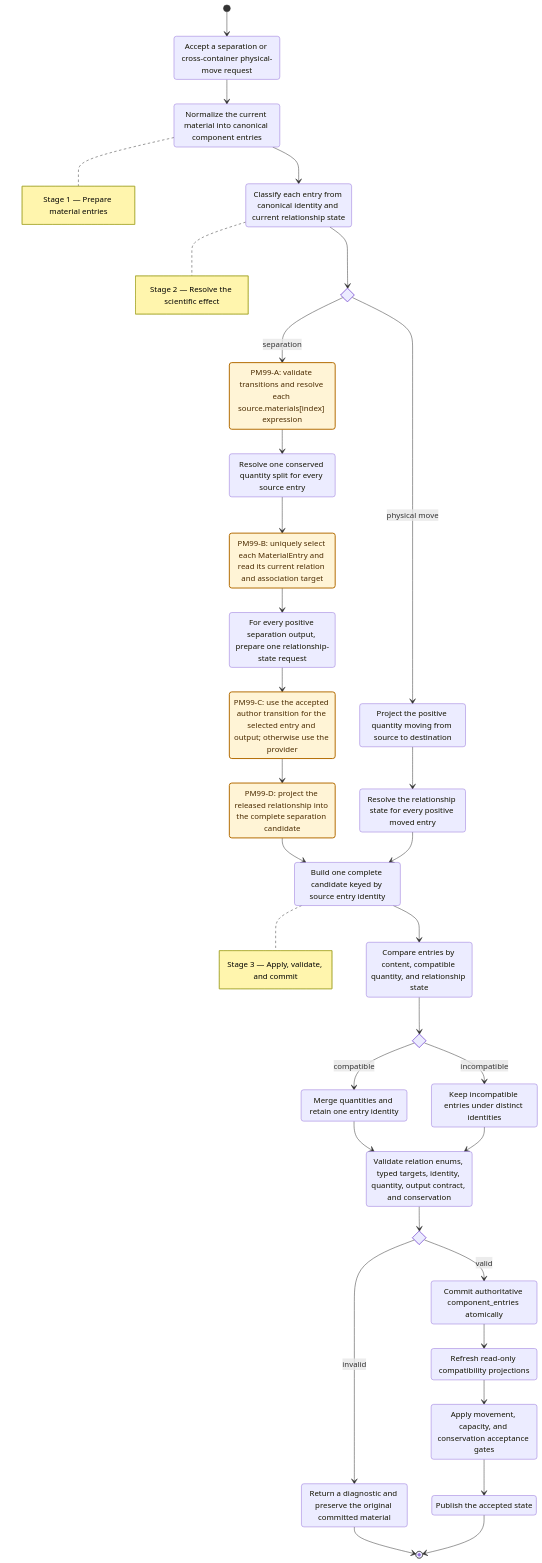
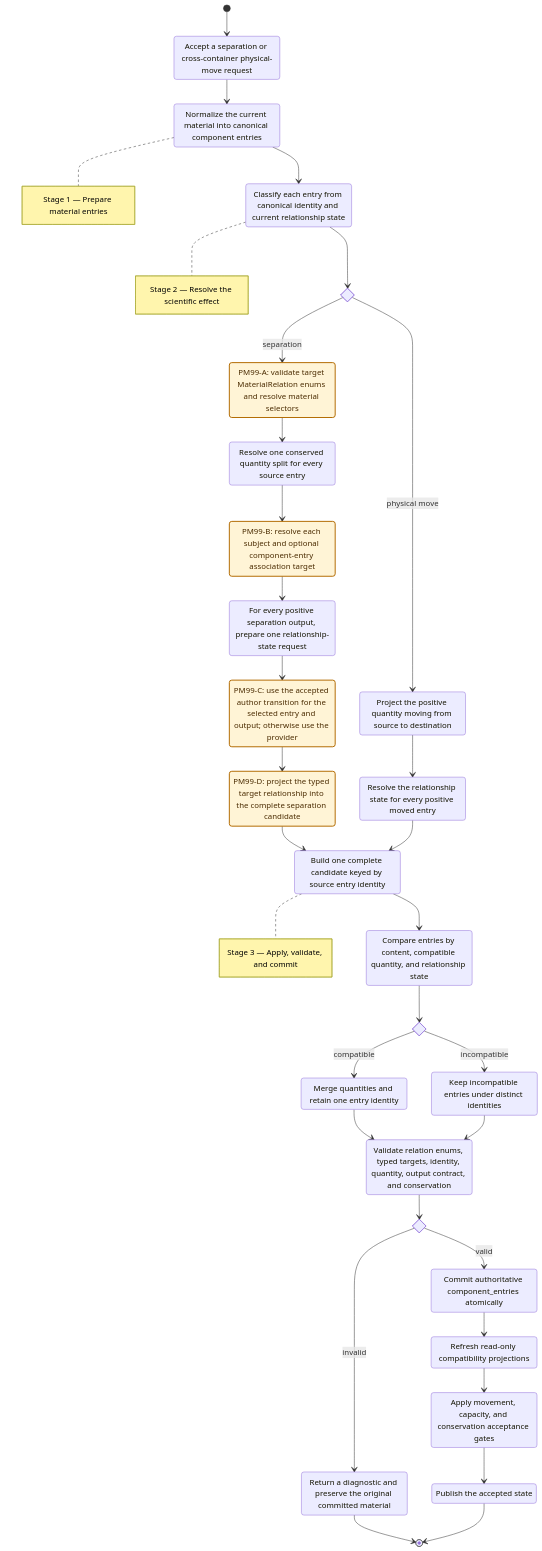
The first of 7 diagrams in docs/architecture/scientific_model_module_diagrams.md (culsma/culsma), drawn with Mermaid before and after one commit. The commit also changed other lines of this file and 12 other files, not shown here.

Commit message:
fix(material): generalize author state transitions

````diff
--- a/docs/architecture/scientific_model_module_diagrams.md
+++ b/docs/architecture/scientific_model_module_diagrams.md
@@ -15,71 +15,71 @@
 ```mermaid
 stateDiagram-v2
     direction TB
 
     state "Accept a separation or cross-container physical-move request" as AcceptRequest
     state "Normalize the current material into canonical component entries" as NormalizeEntries
     state "Classify each entry from canonical identity and current relationship state" as ClassifyEntries
     state OperationKind <<choice>>
-    state "PM99-A: validate transitions and resolve each source.materials[index] expression" as ValidateAuthorContract
+    state "PM99-A: validate target MaterialRelation enums and resolve material selectors" as ValidateAuthorContract
     state "Resolve one conserved quantity split for every source entry" as ResolveFates
-    state "PM99-B: uniquely select each MaterialEntry and read its current relation and association target" as ResolveAuthorSubjects
+    state "PM99-B: resolve each subject and optional component-entry association target" as ResolveAuthorSubjects
     state "For every positive separation output, prepare one relationship-state request" as PrepareSeparationTransitions
     state "PM99-C: use the accepted author transition for the selected entry and output; otherwise use the provider" as ResolveSeparationTransitions
-    state "PM99-D: project the released relationship into the complete separation candidate" as ProjectSeparationCandidate
+    state "PM99-D: project the typed target relationship into the complete separation candidate" as ProjectSeparationCandidate
     state "Project the positive quantity moving from source to destination" as ProjectMovement
     state "Resolve the relationship state for every positive moved entry" as ResolveMovementTransitions
     state "Build one complete candidate keyed by source entry identity" as BuildCandidate
     state "Compare entries by content, compatible quantity, and relationship state" as CompareEntries
     state EntriesCompatible <<choice>>
     state "Merge quantities and retain one entry identity" as MergeEntries
     state "Keep incompatible entries under distinct identities" as KeepSeparate
     state "Validate relation enums, typed targets, identity, quantity, output contract, and conservation" as ValidateCandidate
     state CandidateValid <<choice>>
     state "Commit authoritative component_entries atomically" as CommitEntries
     state "Refresh read-only compatibility projections" as RefreshViews
     state "Apply movement, capacity, and conservation acceptance gates" as AcceptanceGate
     state "Publish the accepted state" as PublishState
     state "Return a diagnostic and preserve the original committed material" as RejectCandidate
 
     note right of NormalizeEntries
         Stage 1 — Prepare material entries
     end note
     note right of ClassifyEntries
         Stage 2 — Resolve the scientific effect
     end note
     note right of BuildCandidate
         Stage 3 — Apply, validate, and commit
     end note
 
     [*] --> AcceptRequest
     AcceptRequest --> NormalizeEntries
     NormalizeEntries --> ClassifyEntries
     ClassifyEntries --> OperationKind
     OperationKind --> ValidateAuthorContract : separation
     ValidateAuthorContract --> ResolveFates
     ResolveFates --> ResolveAuthorSubjects
     ResolveAuthorSubjects --> PrepareSeparationTransitions
     PrepareSeparationTransitions --> ResolveSeparationTransitions
     ResolveSeparationTransitions --> ProjectSeparationCandidate
     ProjectSeparationCandidate --> BuildCandidate
     OperationKind --> ProjectMovement : physical move
     ProjectMovement --> ResolveMovementTransitions
     ResolveMovementTransitions --> BuildCandidate
     BuildCandidate --> CompareEntries
     CompareEntries --> EntriesCompatible
     EntriesCompatible --> MergeEntries : compatible
     EntriesCompatible --> KeepSeparate : incompatible
     MergeEntries --> ValidateCandidate
     KeepSeparate --> ValidateCandidate
     ValidateCandidate --> CandidateValid
     CandidateValid --> RejectCandidate : invalid
     CandidateValid --> CommitEntries : valid
     CommitEntries --> RefreshViews
     RefreshViews --> AcceptanceGate
     AcceptanceGate --> PublishState
     RejectCandidate --> [*]
     PublishState --> [*]
 
     classDef pm99 fill:#fff4d6,stroke:#b36b00,stroke-width:2px,color:#4a2b00
     class ValidateAuthorContract,ResolveAuthorSubjects,ResolveSeparationTransitions,ProjectSeparationCandidate pm99
 ```
````
